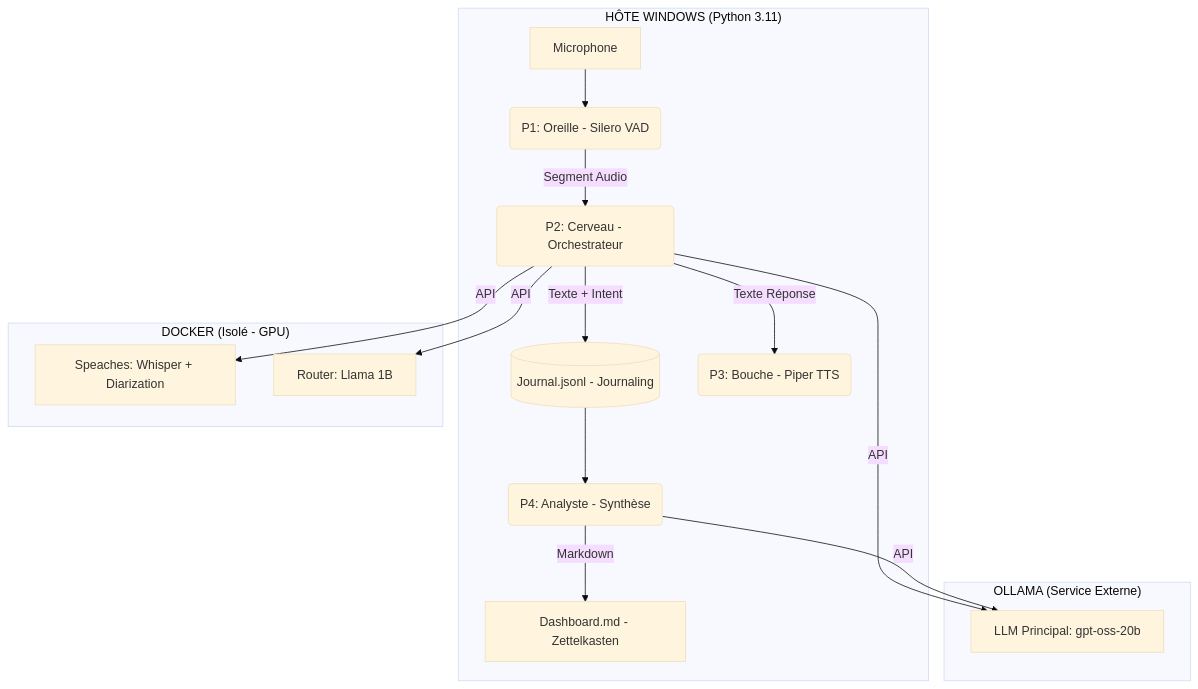
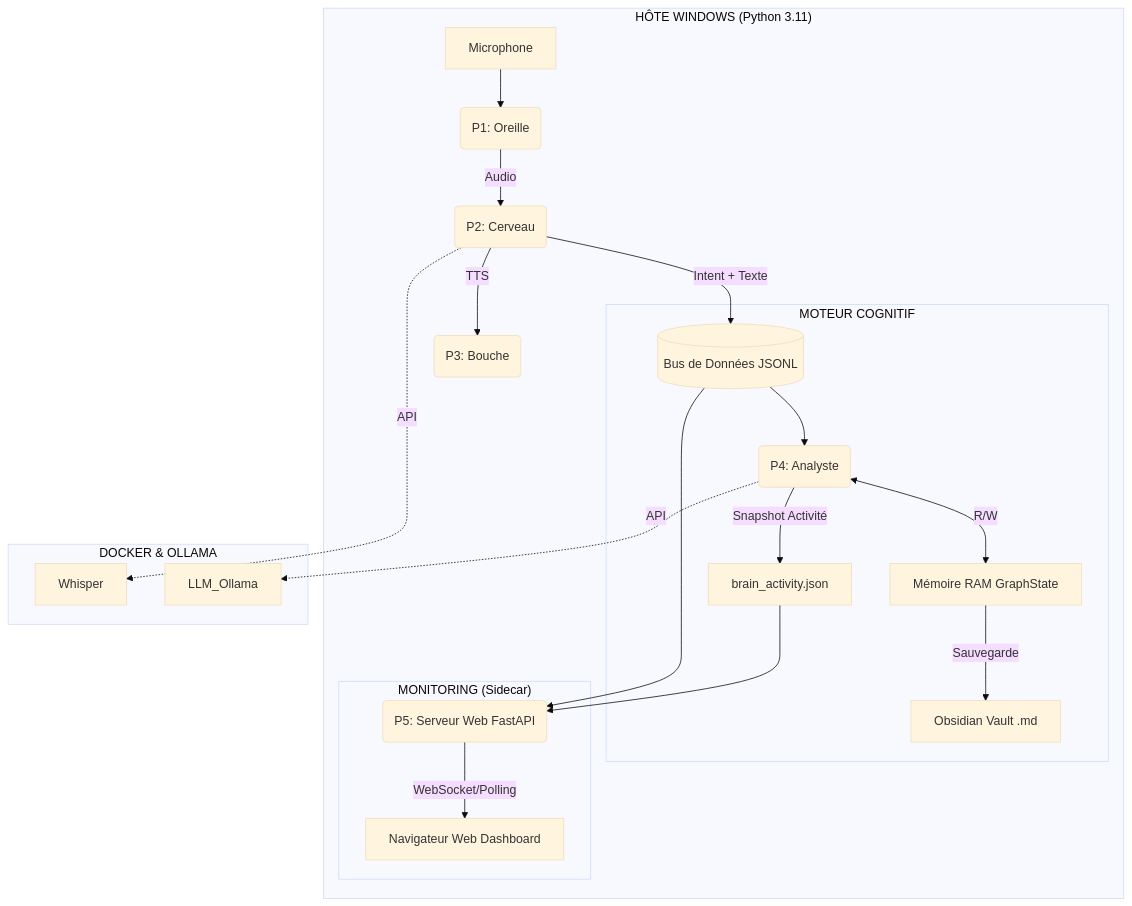
Before and after one commit to rbeldico-debug/Diarisation_synthese_LLM: the diagram in README.md, drawn with Mermaid (base theme). The commit also changed other lines of this file and 13 other files, not shown here.

````diff
--- a/README.md
+++ b/README.md
@@ -22,21 +38,28 @@
 ```mermaid
 graph TD
     subgraph "HÔTE WINDOWS (Python 3.11)"
-        A[Microphone] --> B(P1: Oreille - Silero VAD)
-        B -->|Segment Audio| C(P2: Cerveau - Orchestrateur)
-        C -->|Texte + Intent| D[(Journal.jsonl - Journaling)]
-        D --> E(P4: Analyste - Synthèse)
-        E -->|Markdown| F[Dashboard.md - Zettelkasten]
-        C -->|Texte Réponse| G(P3: Bouche - Piper TTS)
+        A[Microphone] --> B(P1: Oreille)
+        B -->|Audio| C(P2: Cerveau)
+        C -->|Intent + Texte| D[(Bus de Données JSONL)]
+        
+        subgraph "MOTEUR COGNITIF"
+            D --> E(P4: Analyste)
+            E <-->|R/W| F[Mémoire RAM GraphState]
+            F -->|Sauvegarde| G[Obsidian Vault .md]
+            E -->|Snapshot Activité| H[brain_activity.json]
+        end
+        
+        subgraph "MONITORING (Sidecar)"
+            D --> I(P5: Serveur Web FastAPI)
+            H --> I
+            I -->|WebSocket/Polling| J[Navigateur Web Dashboard]
+        end
+        
+        C -->|TTS| K(P3: Bouche)
     end
 
-    subgraph "DOCKER (Isolé - GPU)"
-        C -->|API| H[Speaches: Whisper + Diarization]
-        C -->|API| I[Router: Llama 1B]
-    end
-
-    subgraph "OLLAMA (Service Externe)"
-        C -->|API| J[LLM Principal: gpt-oss-20b]
-        E -->|API| J
+    subgraph "DOCKER & OLLAMA"
+        C -.->|API| Whisper
+        E -.->|API| LLM_Ollama
     end
 ```
````
